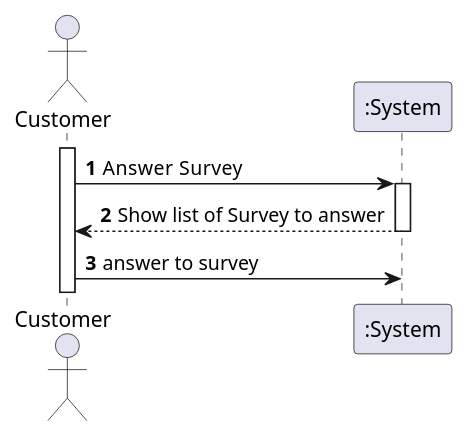
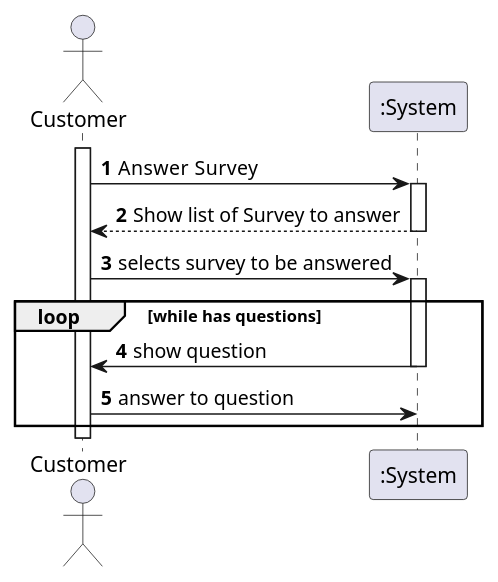
The diagram in docs/1201568/US3501/Diagramas/ssd.puml (RuiRioPina/LAPR4-21-22), drawn with PlantUML before and after one commit. The commit also changed 10 other files, not shown here.

```diff
--- a/docs/1201568/US3501/Diagramas/ssd.puml
+++ b/docs/1201568/US3501/Diagramas/ssd.puml
@@ -1,15 +1,26 @@
 @startuml
 autonumber
 actor "Customer" as MEDLT
 
 activate MEDLT
 MEDLT-> ":System" : Answer  Survey
 
 activate ":System"
 ":System" --> MEDLT : Show list of Survey to answer
 
 deactivate ":System"
 
-MEDLT-> ":System" : answer to survey
+
+MEDLT-> ":System" : selects survey to be answered
+activate ":System"
+
+loop while has questions
+":System" ->  MEDLT: show question
+deactivate ":System"
+
+MEDLT-> ":System" : answer to question
+
+end loop
+activate ":System"
 deactivate ":System"
 @enduml
```
